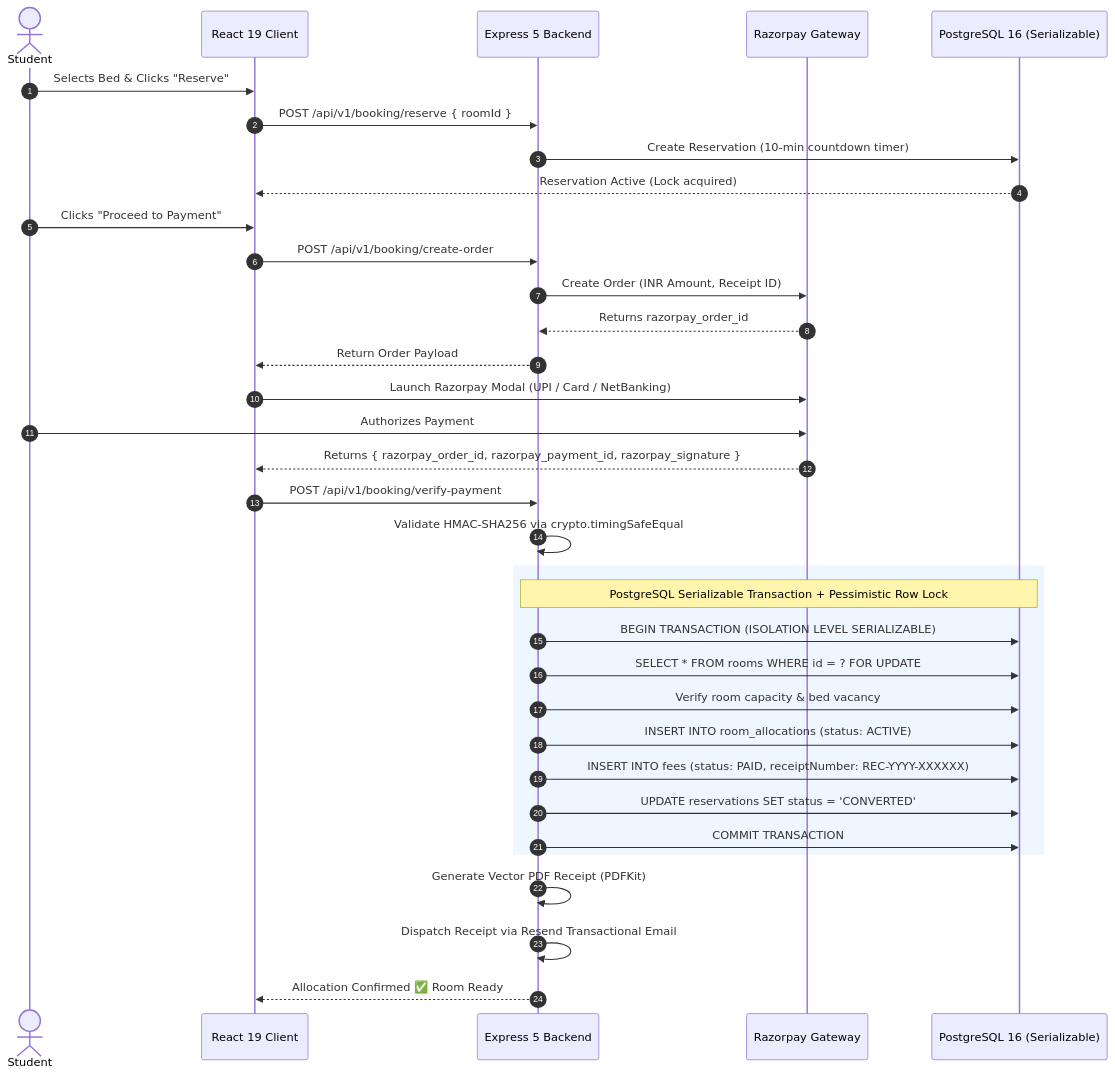
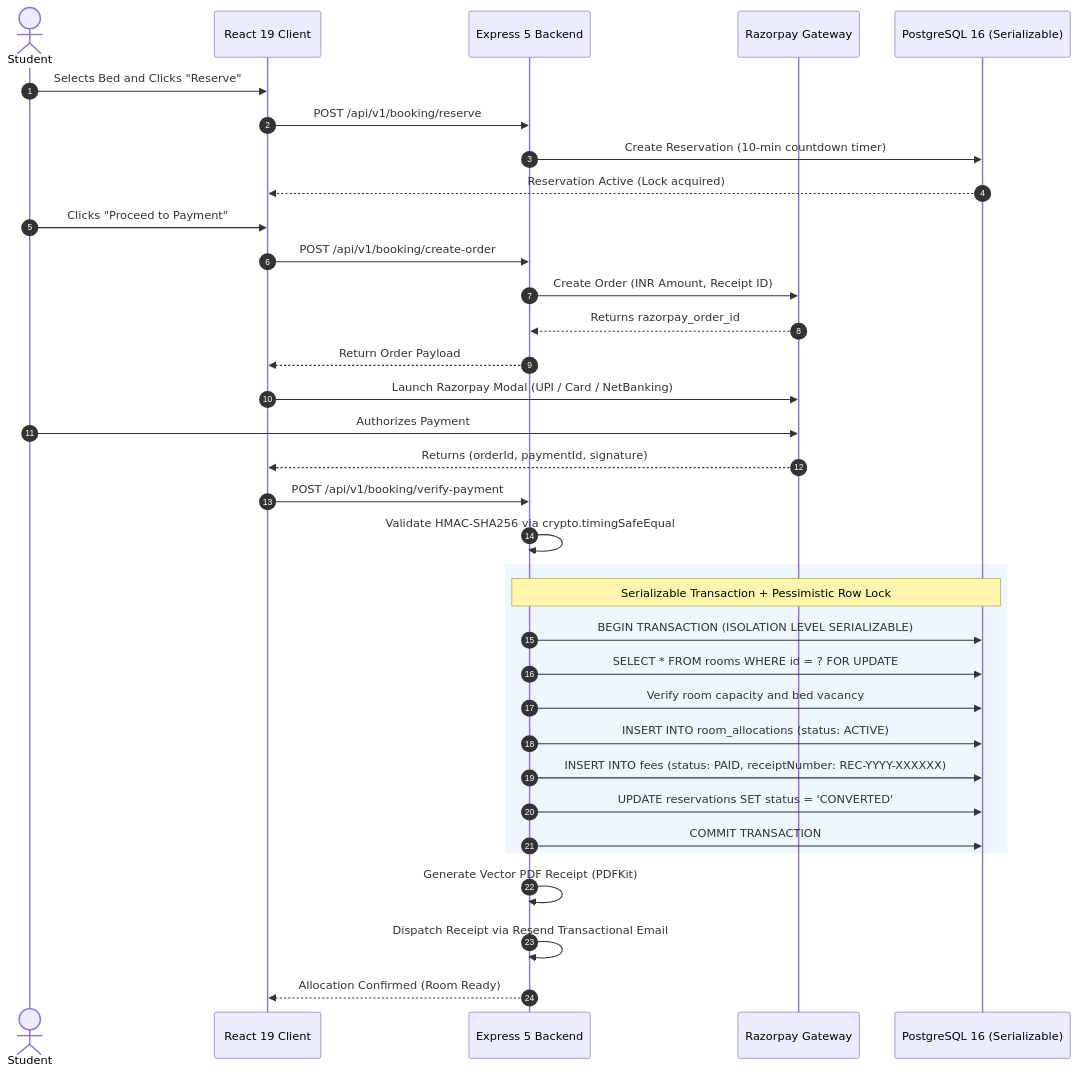
Before and after one commit to Omkarpmath/Hostel-System: the second of 3 diagrams in README.md, drawn with Mermaid. The commit also changed other lines of this file, not shown here.

Commit message:
Fix Mermaid diagram syntax in README.md

````diff
--- a/README.md
+++ b/README.md
@@ -214,42 +215,42 @@
 ```mermaid
 sequenceDiagram
     autonumber
     actor Student as Student
     participant UI as React 19 Client
     participant API as Express 5 Backend
     participant RZP as Razorpay Gateway
     participant DB as PostgreSQL 16 (Serializable)
 
-    Student->>UI: Selects Bed & Clicks "Reserve"
-    UI->>API: POST /api/v1/booking/reserve { roomId }
+    Student->>UI: Selects Bed and Clicks "Reserve"
+    UI->>API: POST /api/v1/booking/reserve
     API->>DB: Create Reservation (10-min countdown timer)
     DB-->>UI: Reservation Active (Lock acquired)
 
     Student->>UI: Clicks "Proceed to Payment"
     UI->>API: POST /api/v1/booking/create-order
     API->>RZP: Create Order (INR Amount, Receipt ID)
     RZP-->>API: Returns razorpay_order_id
     API-->>UI: Return Order Payload
 
     UI->>RZP: Launch Razorpay Modal (UPI / Card / NetBanking)
     Student->>RZP: Authorizes Payment
-    RZP-->>UI: Returns { razorpay_order_id, razorpay_payment_id, razorpay_signature }
+    RZP-->>UI: Returns (orderId, paymentId, signature)
 
     UI->>API: POST /api/v1/booking/verify-payment
     API->>API: Validate HMAC-SHA256 via crypto.timingSafeEqual
 
     rect rgb(238, 246, 255)
-    Note over API,DB: PostgreSQL Serializable Transaction + Pessimistic Row Lock
+    Note over API,DB: Serializable Transaction + Pessimistic Row Lock
     API->>DB: BEGIN TRANSACTION (ISOLATION LEVEL SERIALIZABLE)
     API->>DB: SELECT * FROM rooms WHERE id = ? FOR UPDATE
-    API->>DB: Verify room capacity & bed vacancy
+    API->>DB: Verify room capacity and bed vacancy
     API->>DB: INSERT INTO room_allocations (status: ACTIVE)
     API->>DB: INSERT INTO fees (status: PAID, receiptNumber: REC-YYYY-XXXXXX)
     API->>DB: UPDATE reservations SET status = 'CONVERTED'
     API->>DB: COMMIT TRANSACTION
     end
 
     API->>API: Generate Vector PDF Receipt (PDFKit)
     API->>API: Dispatch Receipt via Resend Transactional Email
-    API-->>UI: Allocation Confirmed ✅ Room Ready
+    API-->>UI: Allocation Confirmed (Room Ready)
 ```
````
